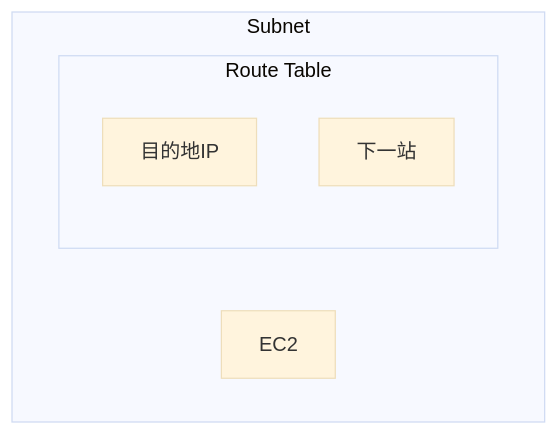
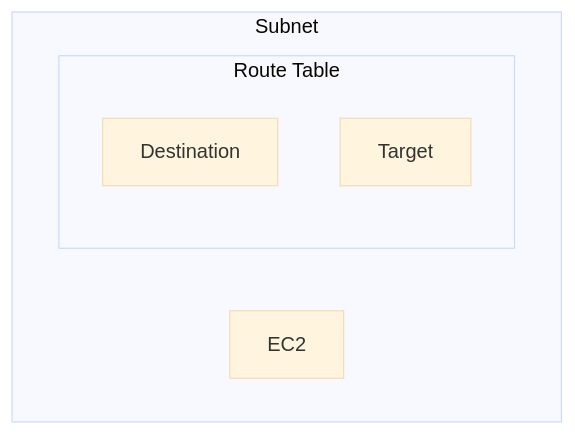
Before and after one commit to cool21540125/documentation-notes: the fourth of 6 diagrams in aws/VPC.md, drawn with Mermaid (base theme). The commit also changed other lines of this file and 3 other files, not shown here.

````diff
--- a/aws/VPC.md
+++ b/aws/VPC.md
@@ -124,13 +176,11 @@
 ```mermaid
 graph TD;
 
 subgraph Subnet
-
     EC2;
-
     subgraph "Route Table"
-        ip1[目的地IP]; 
-        next1[下一站];
+        Destination; 
+        Target;
     end
 end
 ```
````
